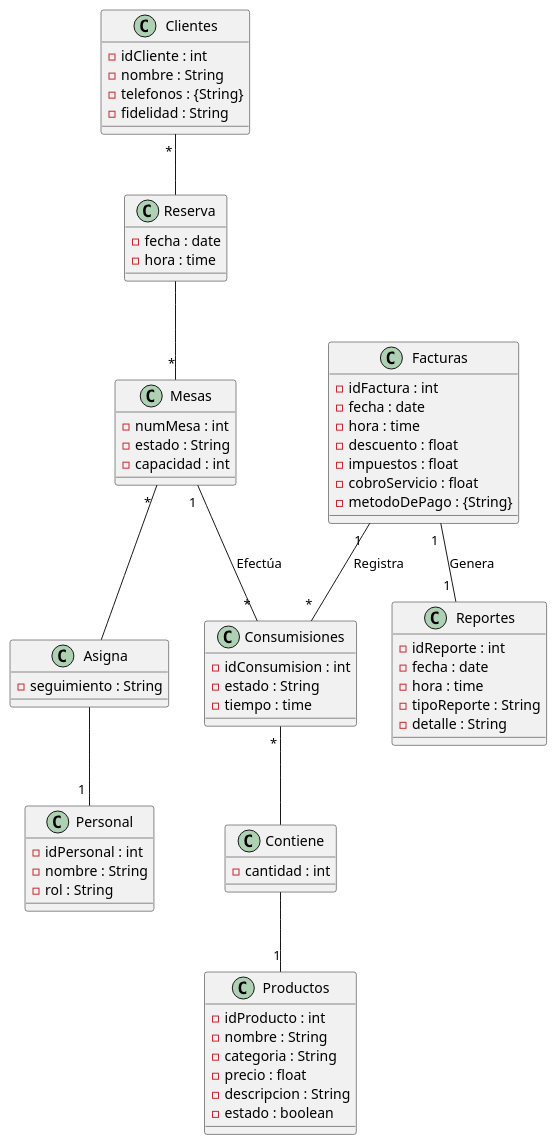
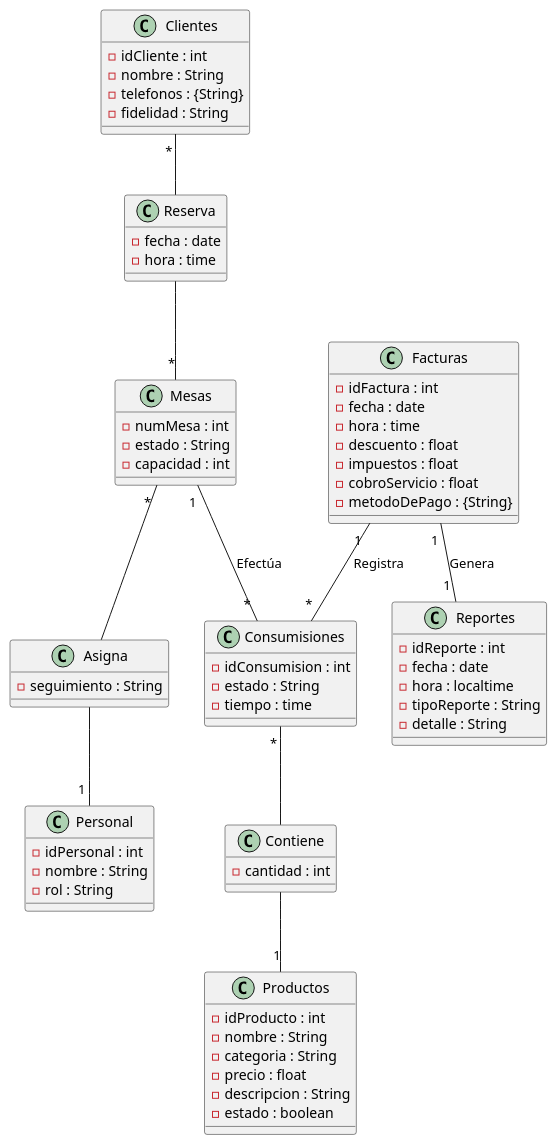
One commit to MrLuksR/Proyecto-Final-Restaurante changed the diagram in src/Diagrama MER.puml. Above: the diagram before and after it, drawn with PlantUML.

```diff
--- a/src/Diagrama MER.puml
+++ b/src/Diagrama MER.puml
@@ -1,78 +1,78 @@
 @startuml
 
 class Clientes {
   - idCliente : int
   - nombre : String
   - telefonos : {String}
   - fidelidad : String
 }
 
 class Mesas {
   - numMesa : int
   - estado : String
   - capacidad : int
 }
 
 class Personal {
   - idPersonal : int
   - nombre : String
   - rol : String
 }
 
 class Reserva {
   - fecha : date
   - hora : time
 }
 
 class Asigna {
   - seguimiento : String
 }
 
 class Consumisiones {
   - idConsumision : int
   - estado : String
   - tiempo : time
 }
 
 class Contiene {
   - cantidad : int
 }
 
 class Productos {
   - idProducto : int
   - nombre : String
   - categoria : String
   - precio : float
   - descripcion : String
   - estado : boolean
 }
 
 class Facturas {
   - idFactura : int
   - fecha : date
   - hora : time
   - descuento : float
   - impuestos : float
   - cobroServicio : float
   - metodoDePago : {String}
 }
 
 class Reportes {
   - idReporte : int
   - fecha : date
-  - hora : time
+  - hora : localtime
   - tipoReporte : String
   - detalle : String
 }
 
 Clientes " * " -- " " Reserva
 Reserva " " -- "*" Mesas
 Mesas " * " -- " " Asigna
 Asigna " " -- " 1 " Personal
 Mesas " 1 " -- " * " Consumisiones : Efectúa
 Consumisiones " * " -- " " Contiene
 Contiene " " -- "1" Productos
 Facturas " 1 " -- " * " Consumisiones : Registra
 Facturas " 1 " -- " 1 " Reportes : Genera
 
 @enduml
```
